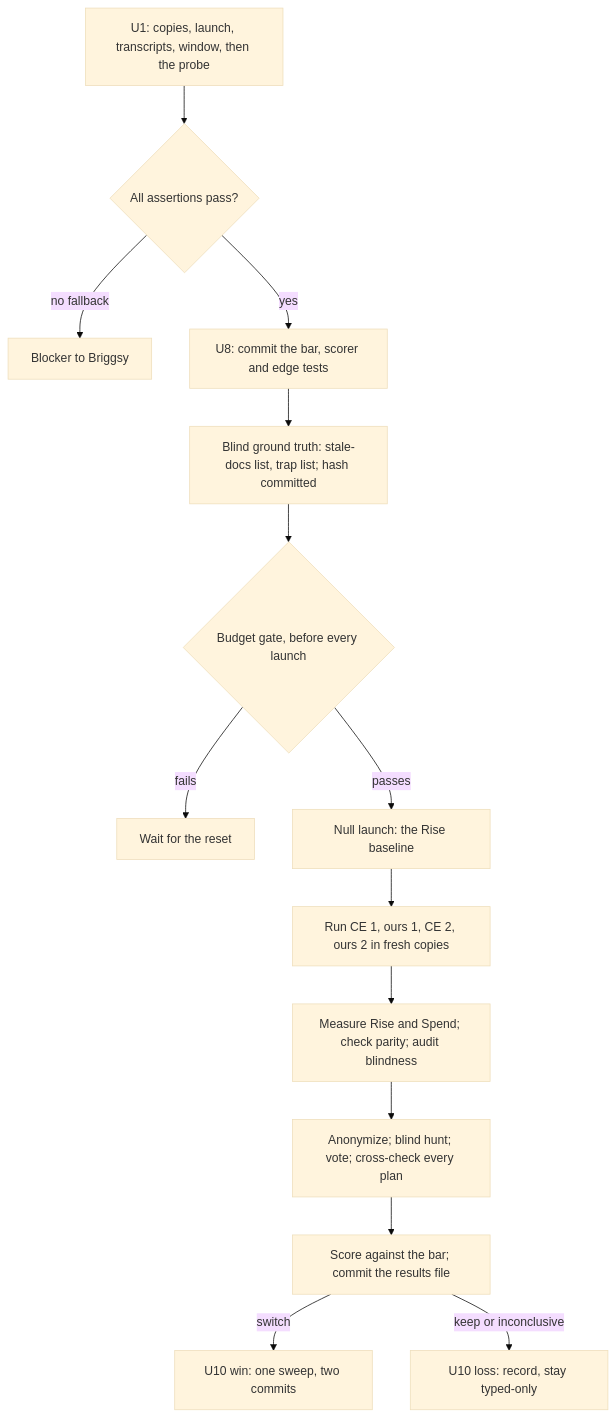
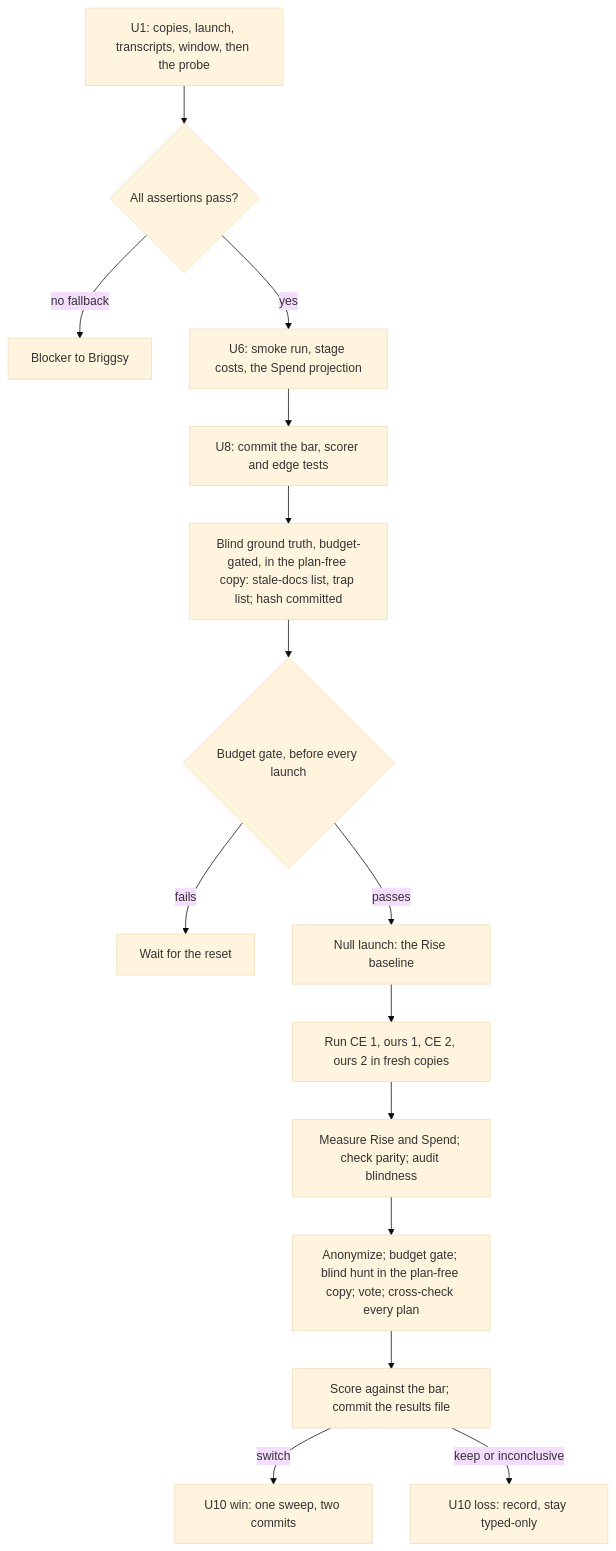
One commit to mbriggsy/ai-learning-journey changed the third of 3 diagrams in projects/skills/ultramode-plan/docs/plans/hybrid-plan-step-plan.md. Above: the diagram before and after it, drawn with Mermaid (base theme). The commit also changed other lines of this file, not shown here.

````diff
--- a/projects/skills/ultramode-plan/docs/plans/hybrid-plan-step-plan.md
+++ b/projects/skills/ultramode-plan/docs/plans/hybrid-plan-step-plan.md
@@ -265,16 +274,16 @@
 ```mermaid
 flowchart TB
   P1[U1: copies, launch, transcripts, window, then the probe] --> G1{All assertions pass?}
   G1 -->|no fallback| BL[Blocker to Briggsy]
-  G1 -->|yes| BAR[U8: commit the bar, scorer and edge tests]
-  BAR --> GT[Blind ground truth: stale-docs list, trap list; hash committed]
+  G1 -->|yes| SM[U6: smoke run, stage costs, the Spend projection] --> BAR[U8: commit the bar, scorer and edge tests]
+  BAR --> GT["Blind ground truth, budget-gated, in the plan-free copy: stale-docs list, trap list; hash committed"]
   GT --> BG{Budget gate, before every launch}
   BG -->|fails| WAIT[Wait for the reset]
   BG -->|passes| NL[Null launch: the Rise baseline]
   NL --> R1[Run CE 1, ours 1, CE 2, ours 2 in fresh copies]
-  R1 --> MS[Measure Rise and Spend; check parity; audit blindness]
-  MS --> AN[Anonymize; blind hunt; vote; cross-check every plan]
-  AN --> SC[Score against the bar; commit the results file]
+  R1 --> MS["Measure Rise and Spend; check parity; audit blindness"]
+  MS --> AN["Anonymize; budget gate; blind hunt in the plan-free copy; vote; cross-check every plan"]
+  AN --> SC["Score against the bar; commit the results file"]
   SC -->|switch| SW[U10 win: one sweep, two commits]
   SC -->|keep or inconclusive| LO[U10 loss: record, stay typed-only]
 ```
````
